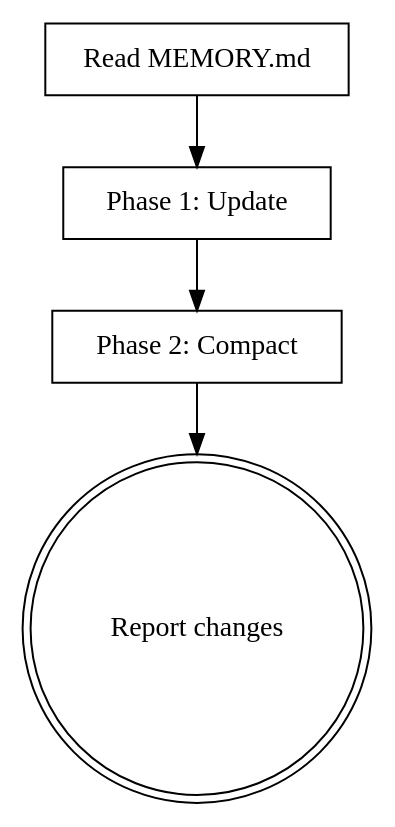
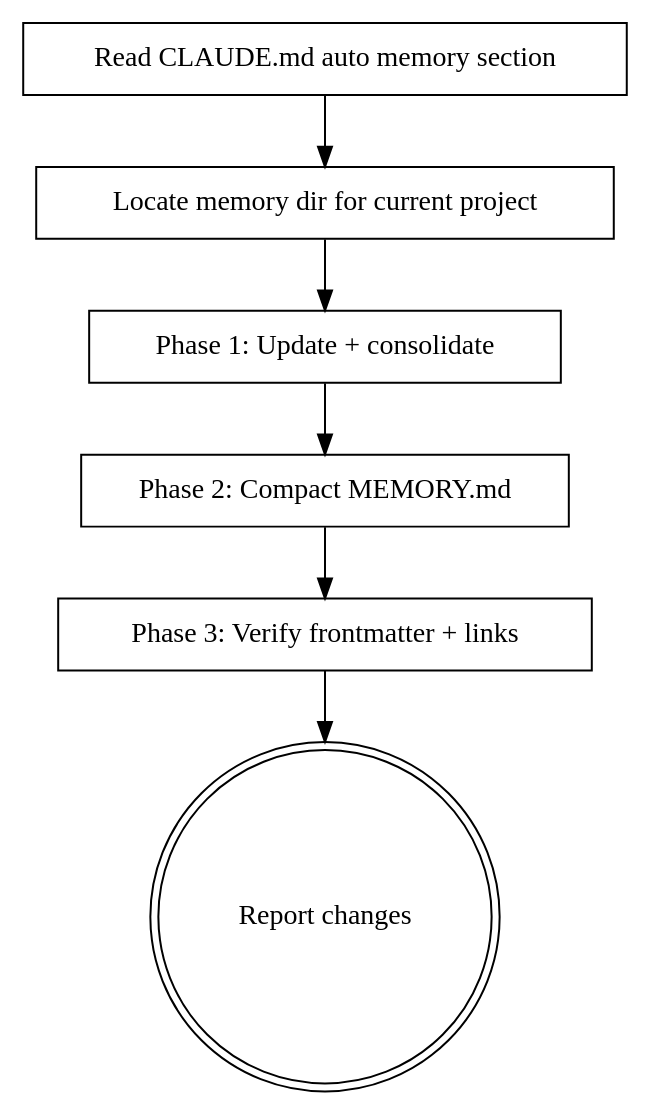
Before and after one commit to luckkim123/claudebase: the diagram in runtime/skills/memory-update/SKILL.md, drawn with Graphviz. The commit also changed other lines of this file, not shown here.

````diff
--- a/runtime/skills/memory-update/SKILL.md
+++ b/runtime/skills/memory-update/SKILL.md
@@ -12,12 +52,16 @@
 ```dot
-digraph update_memory {
-    "Read MEMORY.md" [shape=box];
-    "Phase 1: Update" [shape=box];
-    "Phase 2: Compact" [shape=box];
+digraph memory_update {
+    "Read CLAUDE.md auto memory section" [shape=box];
+    "Locate memory dir for current project" [shape=box];
+    "Phase 1: Update + consolidate" [shape=box];
+    "Phase 2: Compact MEMORY.md" [shape=box];
+    "Phase 3: Verify frontmatter + links" [shape=box];
     "Report changes" [shape=doublecircle];
 
-    "Read MEMORY.md" -> "Phase 1: Update";
-    "Phase 1: Update" -> "Phase 2: Compact";
-    "Phase 2: Compact" -> "Report changes";
+    "Read CLAUDE.md auto memory section" -> "Locate memory dir for current project";
+    "Locate memory dir for current project" -> "Phase 1: Update + consolidate";
+    "Phase 1: Update + consolidate" -> "Phase 2: Compact MEMORY.md";
+    "Phase 2: Compact MEMORY.md" -> "Phase 3: Verify frontmatter + links";
+    "Phase 3: Verify frontmatter + links" -> "Report changes";
 }
 ```
````
